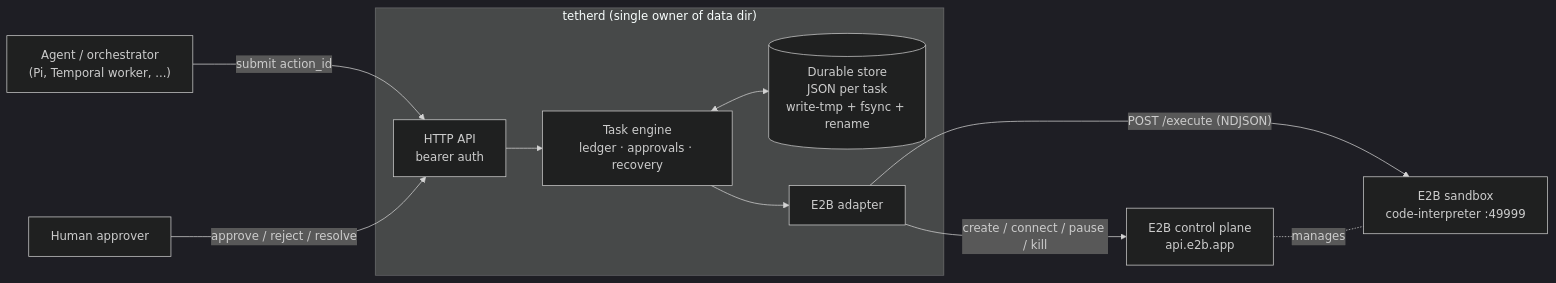
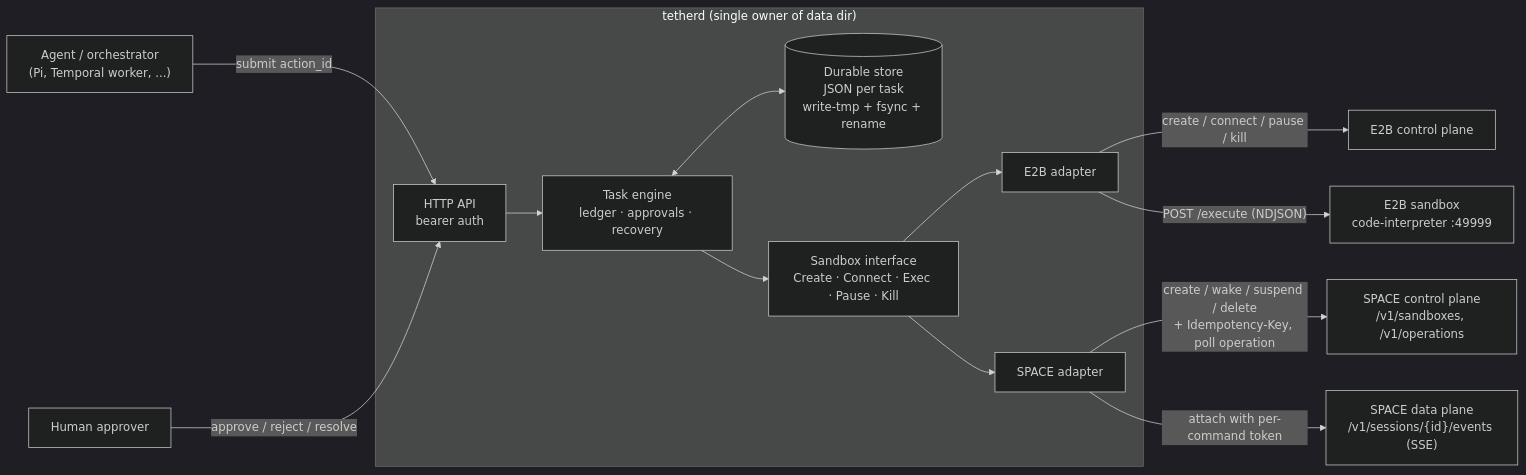
One commit to iamanishx/tether changed the first of 5 diagrams in docs/ARCHITECTURE.md. Above: the diagram before and after it, drawn with Mermaid (dark theme). The commit also changed other lines of this file and 5 other files, not shown here.

First line of the commit message:
Add Perplexity SPACE as a second sandbox backend

````diff
--- a/docs/ARCHITECTURE.md
+++ b/docs/ARCHITECTURE.md
@@ -8,22 +9,28 @@
 ```mermaid
 flowchart LR
     Agent["Agent / orchestrator<br/>(Pi, Temporal worker, ...)"]
     subgraph tetherd["tetherd (single owner of data dir)"]
         API["HTTP API<br/>bearer auth"]
         Engine["Task engine<br/>ledger · approvals · recovery"]
         Store[("Durable store<br/>JSON per task<br/>write-tmp + fsync + rename")]
-        Adapter["E2B adapter"]
+        Adapter["Sandbox interface<br/>Create · Connect · Exec · Pause · Kill"]
+        E2BA["E2B adapter"]
+        SPA["SPACE adapter"]
     end
-    E2B["E2B control plane<br/>api.e2b.app"]
+    E2B["E2B control plane"]
     SBX["E2B sandbox<br/>code-interpreter :49999"]
+    SCP["SPACE control plane<br/>/v1/sandboxes, /v1/operations"]
+    SDP["SPACE data plane<br/>/v1/sessions/{id}/events (SSE)"]
     Human["Human approver"]
 
     Agent -->|"submit action_id"| API
     Human -->|"approve / reject / resolve"| API
     API --> Engine
     Engine <--> Store
     Engine --> Adapter
-    Adapter -->|"create / connect / pause / kill"| E2B
-    Adapter -->|"POST /execute (NDJSON)"| SBX
-    E2B -. manages .- SBX
+    Adapter --> E2BA & SPA
+    E2BA -->|"create / connect / pause / kill"| E2B
+    E2BA -->|"POST /execute (NDJSON)"| SBX
+    SPA -->|"create / wake / suspend / delete<br/>+ Idempotency-Key, poll operation"| SCP
+    SPA -->|"attach with per-command token"| SDP
 ```
````
